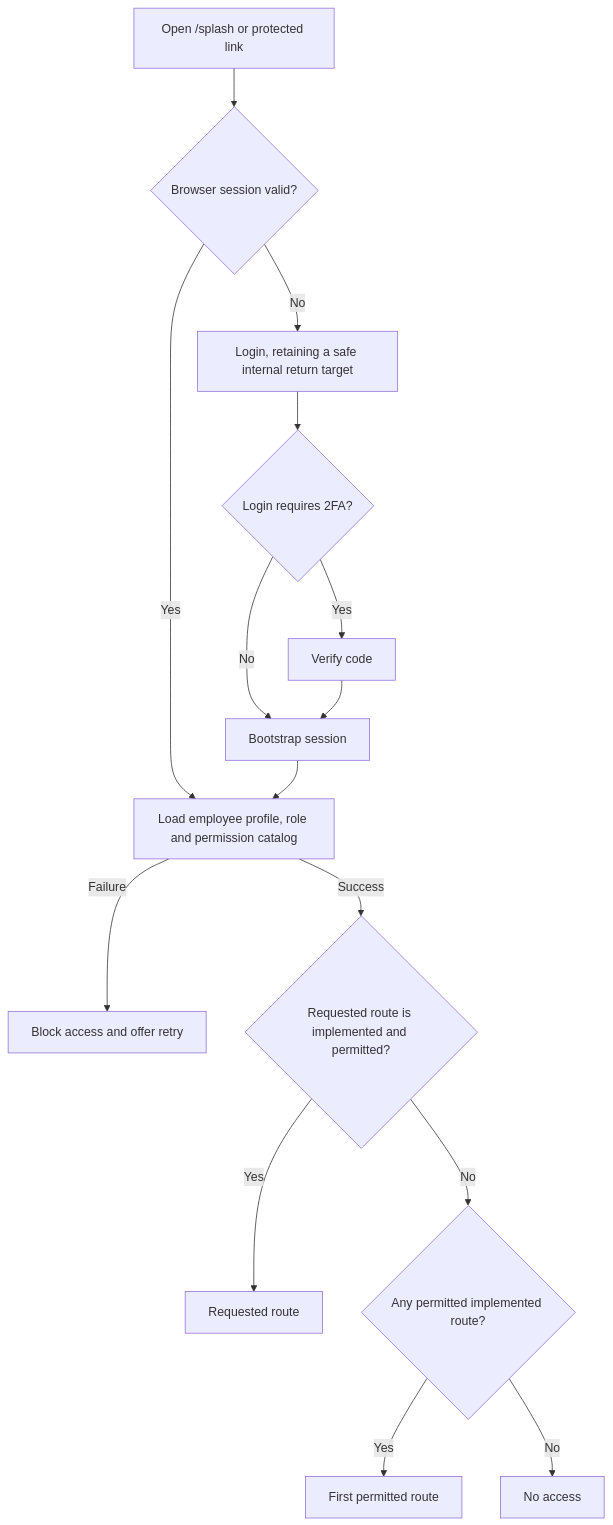
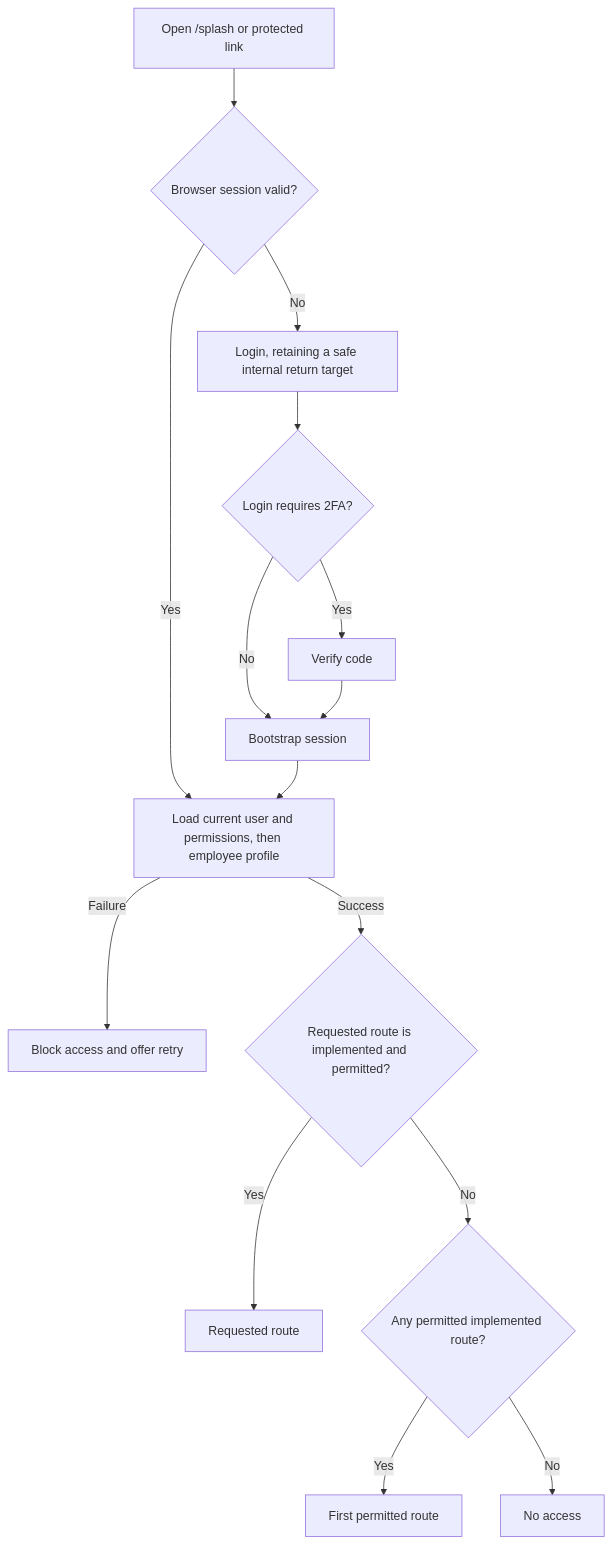
One commit to bomachgroup/bomach_os changed the diagram in docs/porting/authentication.md. Above: the diagram before and after it, drawn with Mermaid. The commit also changed other lines of this file and 380 other files, not shown here.

````diff
--- a/docs/porting/authentication.md
+++ b/docs/porting/authentication.md
@@ -29,17 +29,17 @@
 ```mermaid
 flowchart TD
   A[Open /splash or protected link] --> B{Browser session valid?}
   B -- No --> C[Login, retaining a safe internal return target]
-  B -- Yes --> D[Load employee profile, role and permission catalog]
+  B -- Yes --> D[Load current user and permissions, then employee profile]
   D -- Failure --> E[Block access and offer retry]
   D -- Success --> F{Requested route is implemented and permitted?}
   F -- Yes --> G[Requested route]
   F -- No --> H{Any permitted implemented route?}
   H -- Yes --> I[First permitted route]
   H -- No --> J[No access]
   C --> K{Login requires 2FA?}
   K -- Yes --> L[Verify code]
   K -- No --> M[Bootstrap session]
   L --> M
   M --> D
 ```
````
